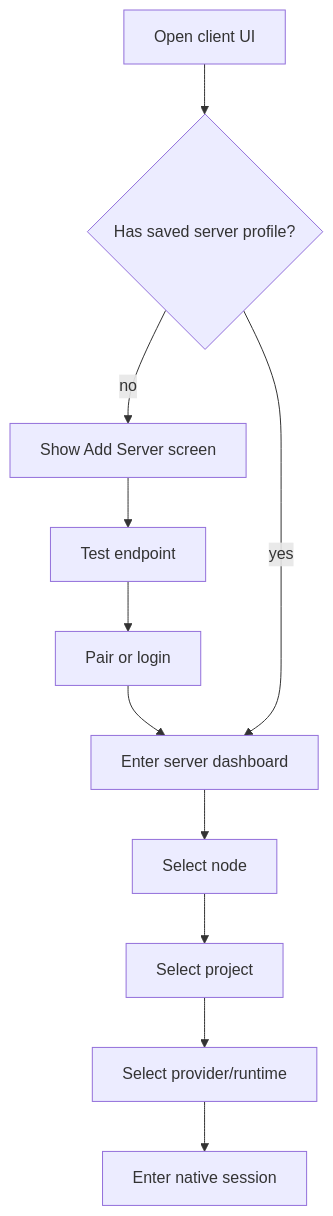
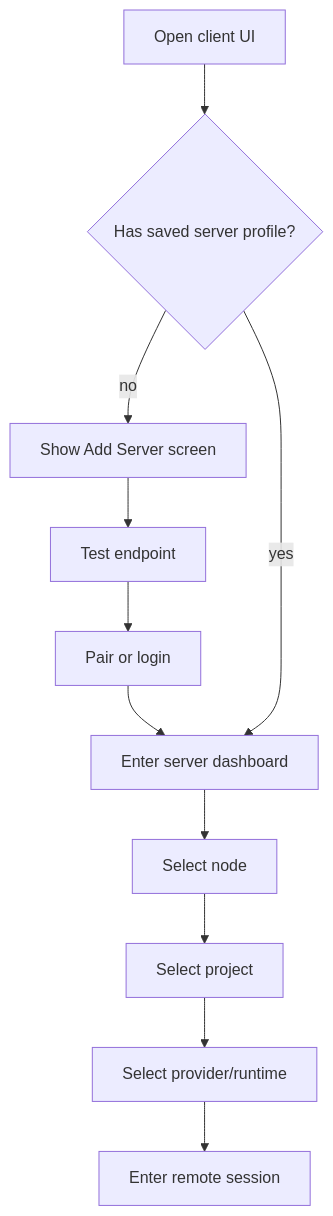
Before and after one commit to madou1217/ai_home: the first of 7 diagrams in docs/fabric/02-user-flows.md, drawn with Mermaid. The commit also changed other lines of this file and 26 other files, not shown here.

````diff
--- a/docs/fabric/02-user-flows.md
+++ b/docs/fabric/02-user-flows.md
@@ -5,18 +5,18 @@
 ```mermaid
 flowchart TD
   Open[Open client UI]
   HasProfile{Has saved server profile?}
   Add[Show Add Server screen]
   Test[Test endpoint]
   Login[Pair or login]
   Dashboard[Enter server dashboard]
   SelectNode[Select node]
   SelectProject[Select project]
   SelectRuntime[Select provider/runtime]
-  Session[Enter native session]
+  Session[Enter remote session]
 
   Open --> HasProfile
   HasProfile -- no --> Add --> Test --> Login --> Dashboard
   HasProfile -- yes --> Dashboard
   Dashboard --> SelectNode --> SelectProject --> SelectRuntime --> Session
 ```
````
